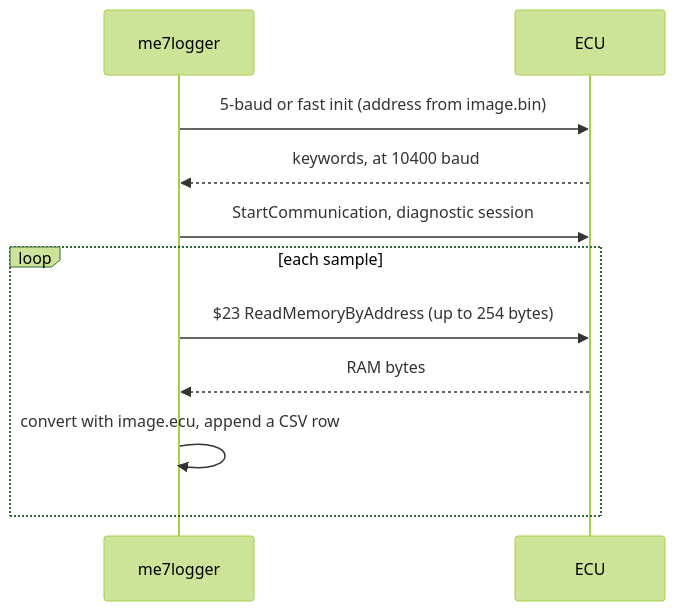
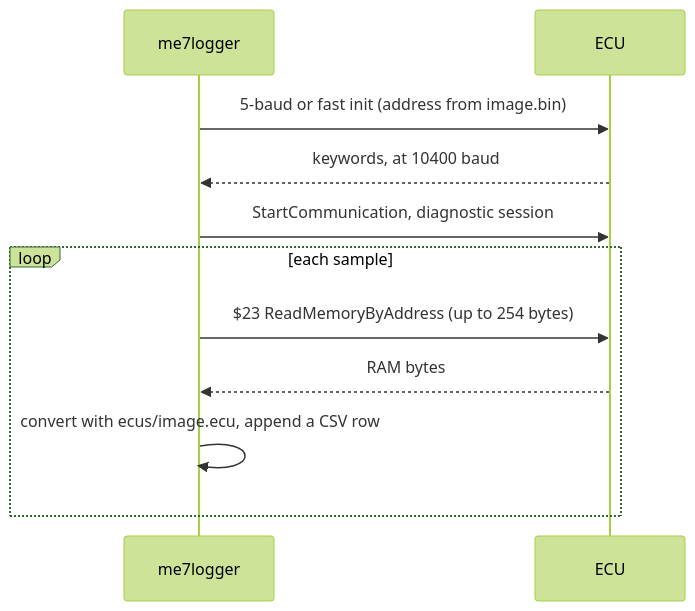
One commit to nyetlabs/me7-logger changed the third of 4 diagrams in README.md. Above: the diagram before and after it, drawn with Mermaid (forest theme). The commit also changed other lines of this file and 3 other files, not shown here.

First line of the commit message:
feat: default the ecu file to ecus/

````diff
--- a/README.md
+++ b/README.md
@@ -65,13 +65,13 @@
 ```mermaid
 sequenceDiagram
   participant L as me7logger
   participant E as ECU
   L->>E: 5-baud or fast init (address from image.bin)
   E-->>L: keywords, at 10400 baud
   L->>E: StartCommunication, diagnostic session
   loop each sample
     L->>E: $23 ReadMemoryByAddress (up to 254 bytes)
     E-->>L: RAM bytes
-    L->>L: convert with image.ecu, append a CSV row
+    L->>L: convert with ecus/image.ecu, append a CSV row
   end
 ```
````
